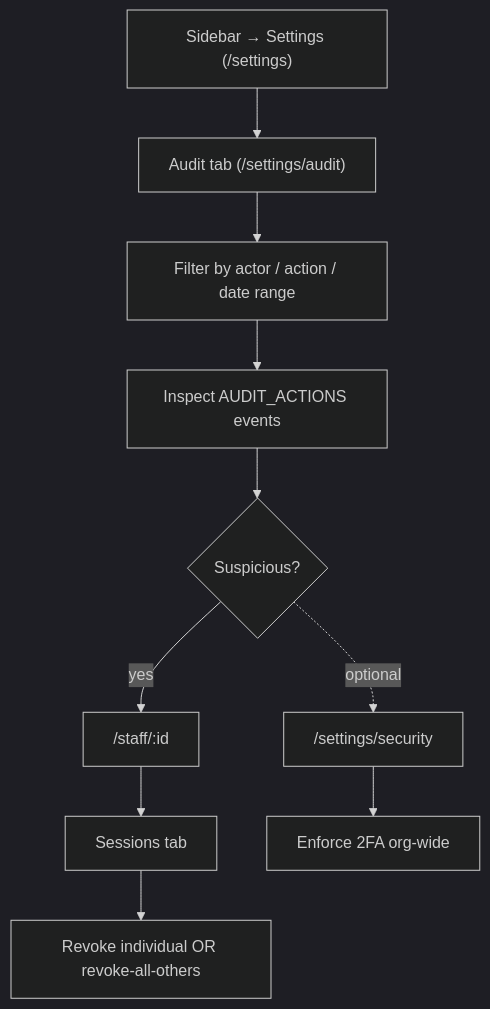
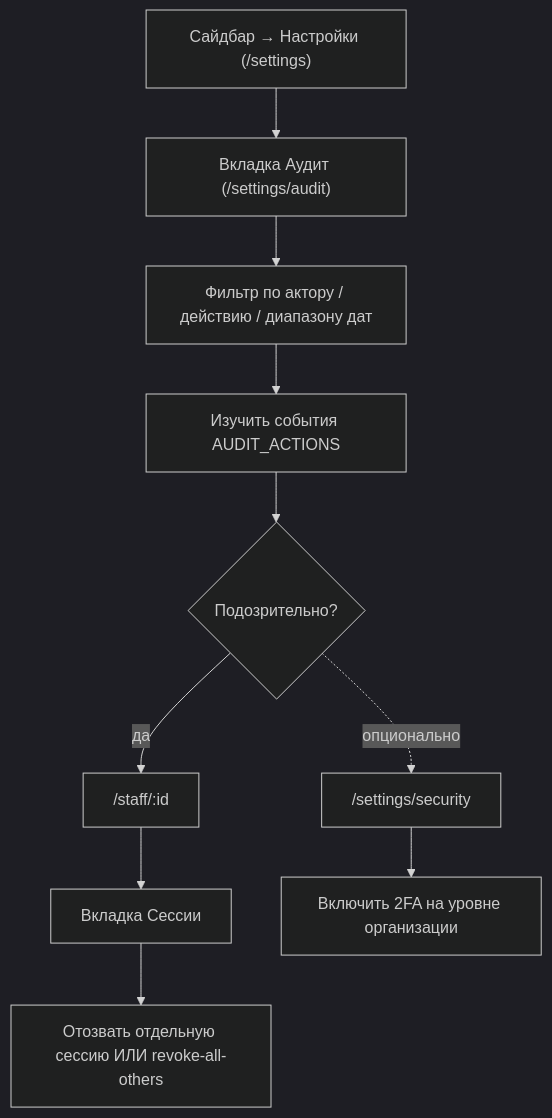
One commit to SardorAllaberganov/unipay-dashboard changed the seventh of 19 diagrams in docs/USER_FLOWS_BY_ROLE.md. Above: the diagram before and after it, drawn with Mermaid (dark theme). The commit also changed other lines of this file and 1 other file, not shown here.

First line of the commit message:
docs: translate IA + role-flow docs to Russian

````diff
--- a/docs/USER_FLOWS_BY_ROLE.md
+++ b/docs/USER_FLOWS_BY_ROLE.md
@@ -286,12 +286,12 @@
 ```mermaid
 flowchart TD
-  A["Sidebar → Settings (/settings)"] --> B["Audit tab (/settings/audit)"]
-  B --> C["Filter by actor / action / date range"]
-  C --> D[Inspect AUDIT_ACTIONS events]
-  D --> E{Suspicious?}
-  E -->|yes| F["/staff/:id"]
-  F --> G[Sessions tab]
-  G --> H[Revoke individual OR revoke-all-others]
-  E -.optional.-> I["/settings/security"]
-  I --> J[Enforce 2FA org-wide]
+  A["Сайдбар → Настройки (/settings)"] --> B["Вкладка Аудит (/settings/audit)"]
+  B --> C["Фильтр по актору / действию / диапазону дат"]
+  C --> D[Изучить события AUDIT_ACTIONS]
+  D --> E{Подозрительно?}
+  E -->|да| F["/staff/:id"]
+  F --> G[Вкладка Сессии]
+  G --> H[Отозвать отдельную сессию ИЛИ revoke-all-others]
+  E -.опционально.-> I["/settings/security"]
+  I --> J[Включить 2FA на уровне организации]
 ```
````
